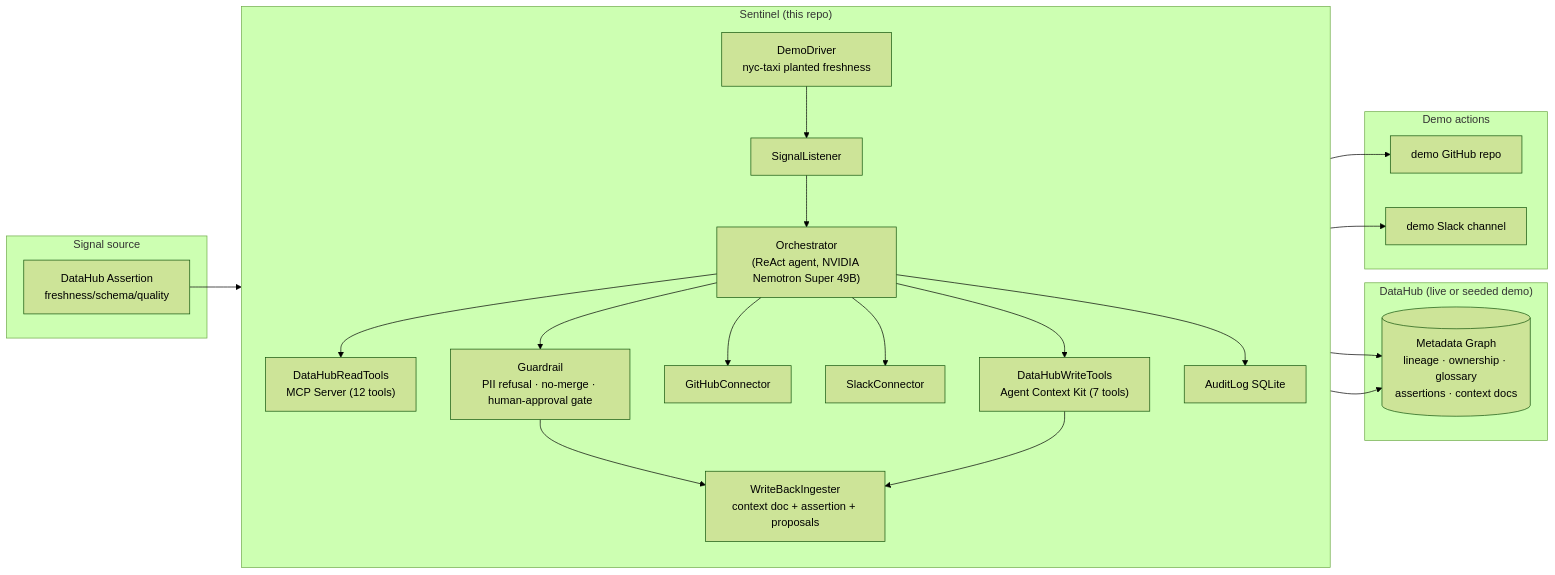
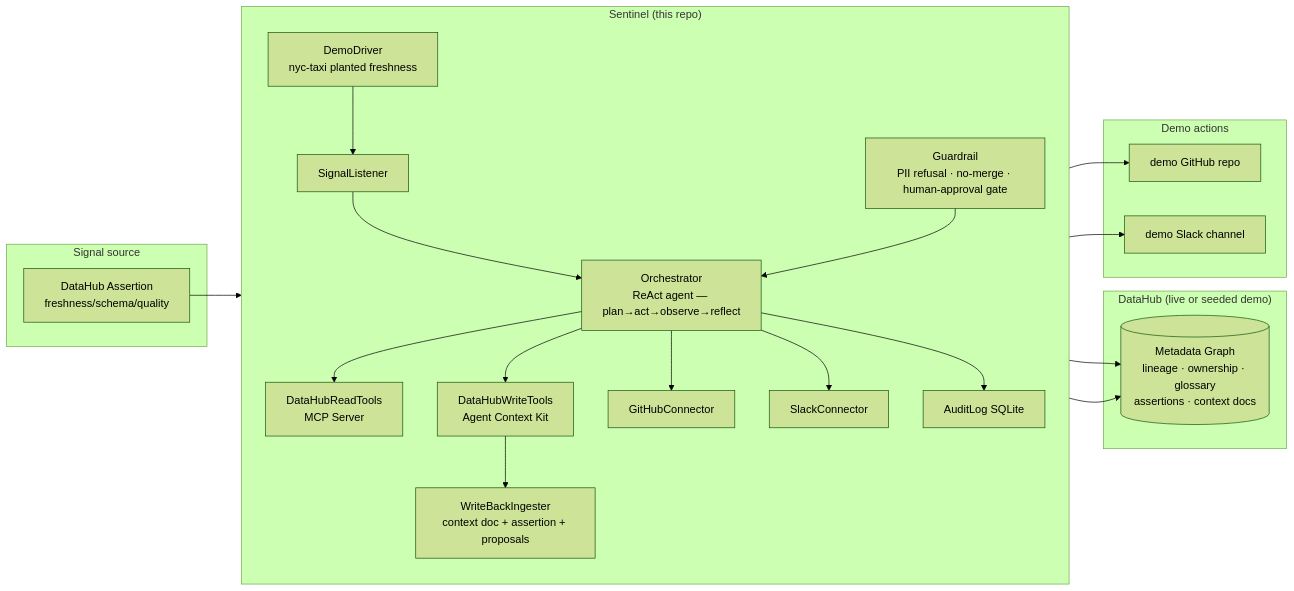
The diagram in README.md (sodiq-code/sentinel), drawn with Mermaid (forest theme) before and after one commit. The commit also changed other lines of this file and 13 other files, not shown here.

````diff
--- a/README.md
+++ b/README.md
@@ -54,45 +72,44 @@
 ```mermaid
 flowchart LR
   subgraph Signal["Signal source"]
     A[DataHub Assertion<br/>freshness/schema/quality]
   end
 
   subgraph Sentinel["Sentinel (this repo)"]
     direction TB
     SL[SignalListener]
-    ORC["Orchestrator<br/>(ReAct agent, NVIDIA Nemotron Super 49B)"]
-    DHR["DataHubReadTools<br/>MCP Server (12 tools)"]
-    DHW["DataHubWriteTools<br/>Agent Context Kit (7 tools)"]
+    ORC["Orchestrator<br/>ReAct agent — plan→act→observe→reflect"]
+    DHR["DataHubReadTools<br/>MCP Server"]
+    DHW["DataHubWriteTools<br/>Agent Context Kit"]
     GH[GitHubConnector]
     SLK[SlackConnector]
     GRD["Guardrail<br/>PII refusal · no-merge · human-approval gate"]
     WBI["WriteBackIngester<br/>context doc + assertion + proposals"]
     AUD[AuditLog SQLite]
     DMG[DemoDriver<br/>nyc-taxi planted freshness]
     SL --> ORC
     ORC --> DHR
     ORC --> DHW
     ORC --> GH
     ORC --> SLK
-    ORC --> GRD
-    GRD --> WBI
+    GRD --> ORC
     DHW --> WBI
     ORC --> AUD
     DMG --> SL
   end
 
   subgraph DataHub["DataHub (live or seeded demo)"]
     D[(Metadata Graph<br/>lineage · ownership · glossary<br/>assertions · context docs)]
   end
 
   subgraph External["Demo actions"]
     GHRepo[demo GitHub repo]
     SlackCh[demo Slack channel]
   end
 
   A --> SL
   DHR --> D
   WBI --> D
   GH --> GHRepo
   SLK --> SlackCh
 ```
````
